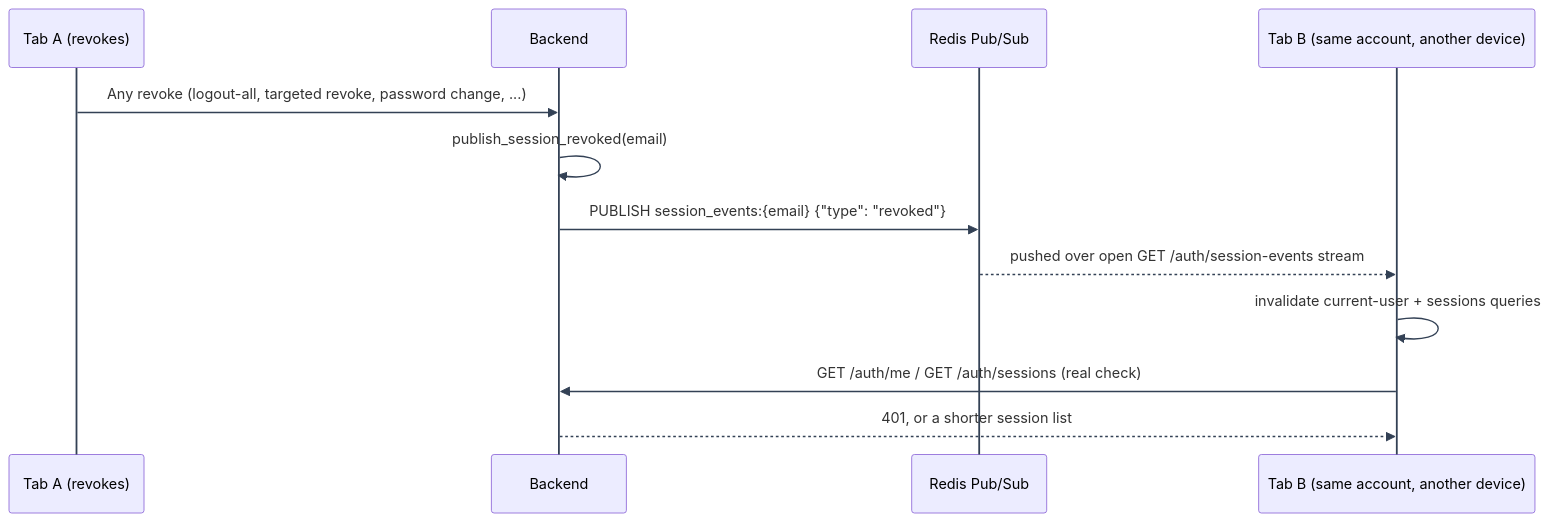
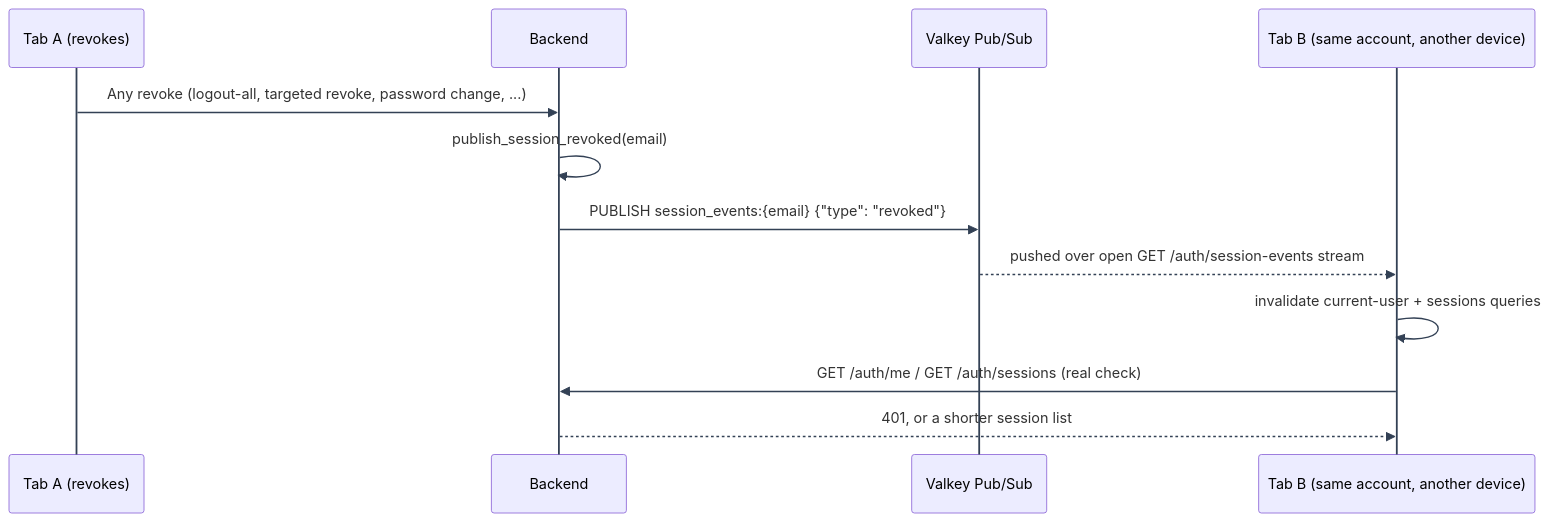
One commit to Nachiket-2024/mystic-auth changed the diagram in docs/mystic_auth/authentication/session-management/real-time-push.md. Above: the diagram before and after it, drawn with Mermaid. The commit also changed other lines of this file and 905 other files, not shown here.

First line of the commit message:
Replaced Chakra UI with shadcn/Radix, migrated Redis to Valkey, revamped UI/UX

````diff
--- a/docs/mystic_auth/authentication/session-management/real-time-push.md
+++ b/docs/mystic_auth/authentication/session-management/real-time-push.md
@@ -11,15 +11,15 @@
 ```mermaid
 %%{init: {"themeVariables": {"lineColor": "#334155", "signalColor": "#334155", "actorLineColor": "#334155", "activationBorderColor": "#334155", "labelBoxBorderColor": "#334155", "labelBoxBkgColor": "#e2e8f0", "noteBorderColor": "#334155"}, "themeCSS": ".messageLine0, .messageLine1 { stroke-width: 2px !important; }"} }%%
 sequenceDiagram
     participant TabA as Tab A (revokes)
     participant API as Backend
-    participant R as Redis Pub/Sub
+    participant R as Valkey Pub/Sub
     participant TabB as Tab B (same account, another device)
     TabA->>API: Any revoke (logout-all, targeted revoke, password change, ...)
     API->>API: publish_session_revoked(email)
     API->>R: PUBLISH session_events:{email} {"type": "revoked"}
     R-->>TabB: pushed over open GET /auth/session-events stream
     TabB->>TabB: invalidate current-user + sessions queries
     TabB->>API: GET /auth/me / GET /auth/sessions (real check)
     API-->>TabB: 401, or a shorter session list
 ```
````
